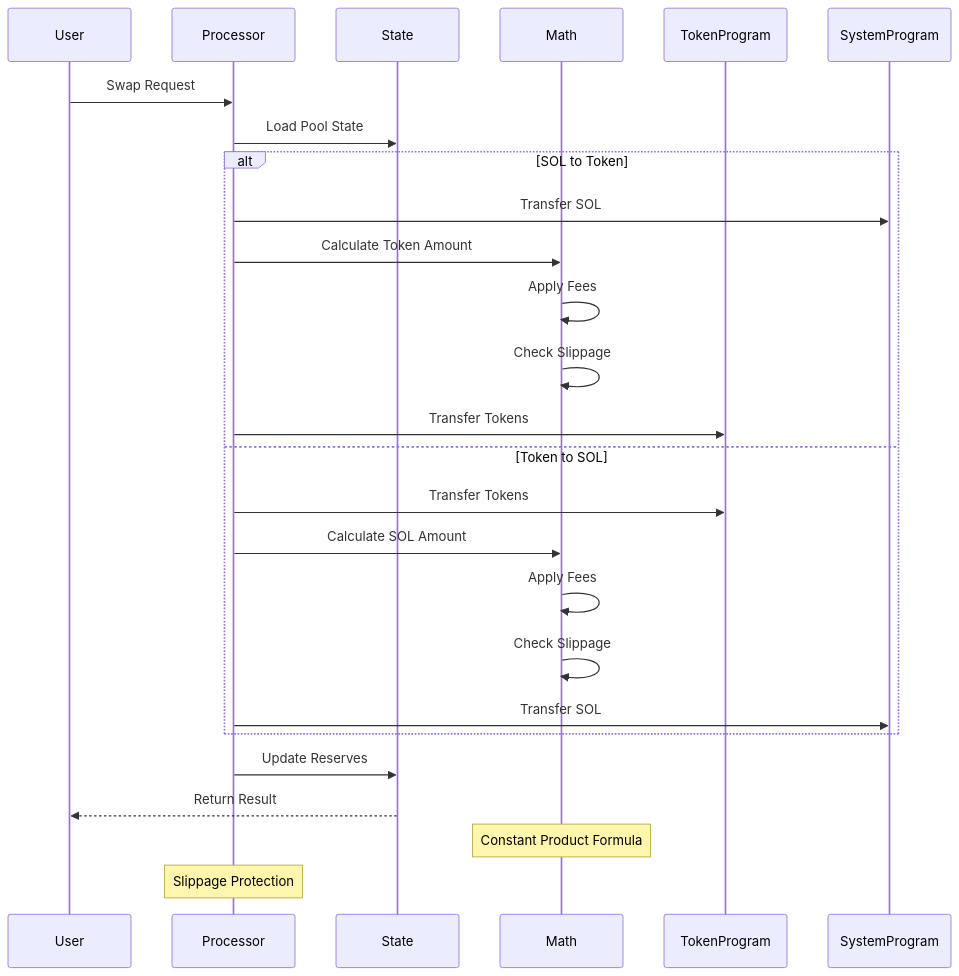
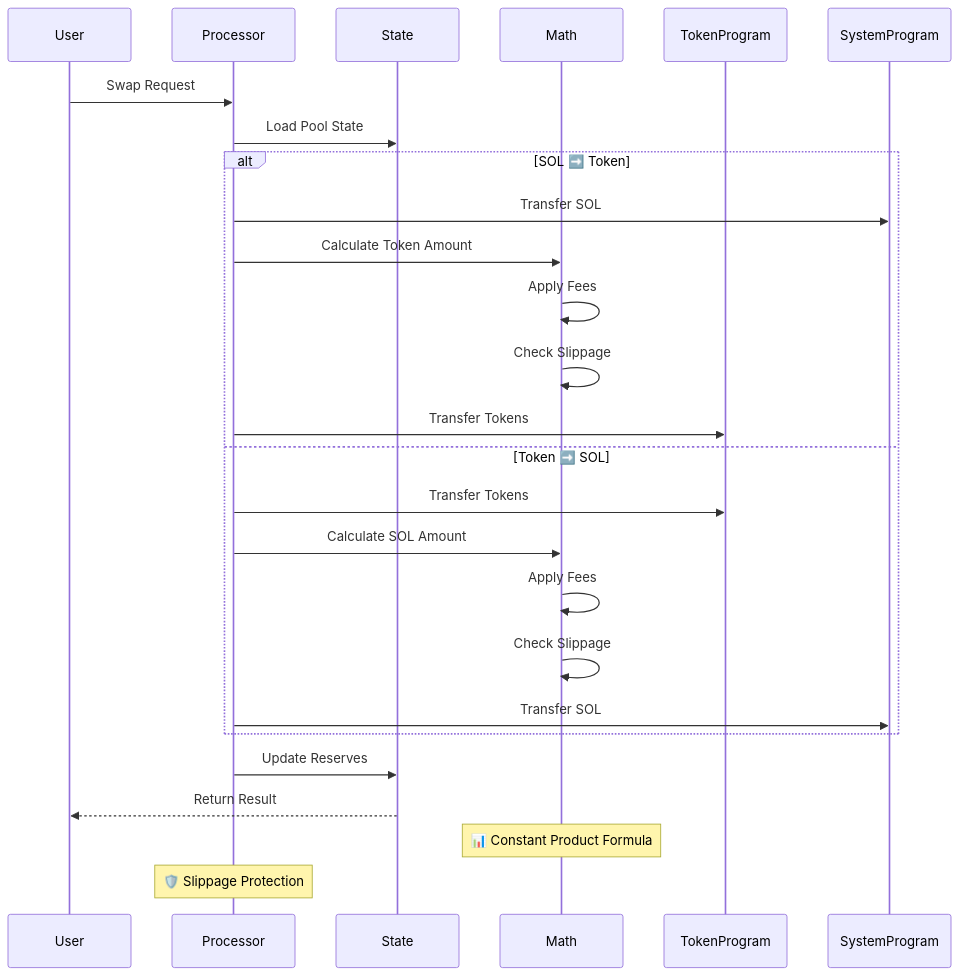
Before and after one commit to twannasleep/simple-token-exchange: the third of 5 diagrams in docs/code-workflow.md, drawn with Mermaid. The commit also changed other lines of this file and 4 other files, not shown here.

````diff
--- a/docs/code-workflow.md
+++ b/docs/code-workflow.md
@@ -53,32 +98,32 @@
 ```mermaid
 sequenceDiagram
     participant User
     participant Processor
     participant State
     participant Math
     participant TokenProgram
     participant SystemProgram
 
     User->>Processor: Swap Request
     Processor->>State: Load Pool State
     
-    alt SOL to Token
+    alt SOL ➡️ Token
         Processor->>SystemProgram: Transfer SOL
         Processor->>Math: Calculate Token Amount
         Math->>Math: Apply Fees
         Math->>Math: Check Slippage
         Processor->>TokenProgram: Transfer Tokens
-    else Token to SOL
+    else Token ➡️ SOL
         Processor->>TokenProgram: Transfer Tokens
         Processor->>Math: Calculate SOL Amount
         Math->>Math: Apply Fees
         Math->>Math: Check Slippage
         Processor->>SystemProgram: Transfer SOL
     end
 
     Processor->>State: Update Reserves
     State-->>User: Return Result
 
-    Note over Math: Constant Product Formula
-    Note over Processor: Slippage Protection
+    Note over Math: 📊 Constant Product Formula
+    Note over Processor: 🛡️ Slippage Protection
 ```
````
